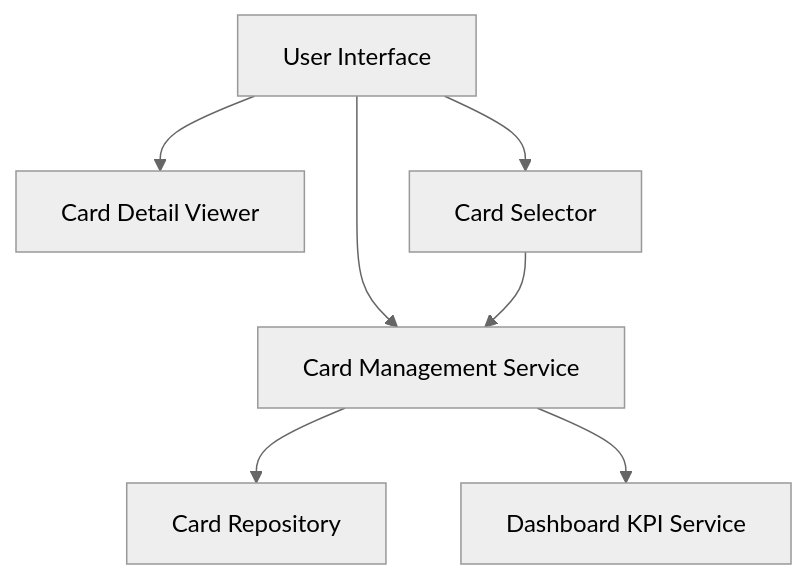
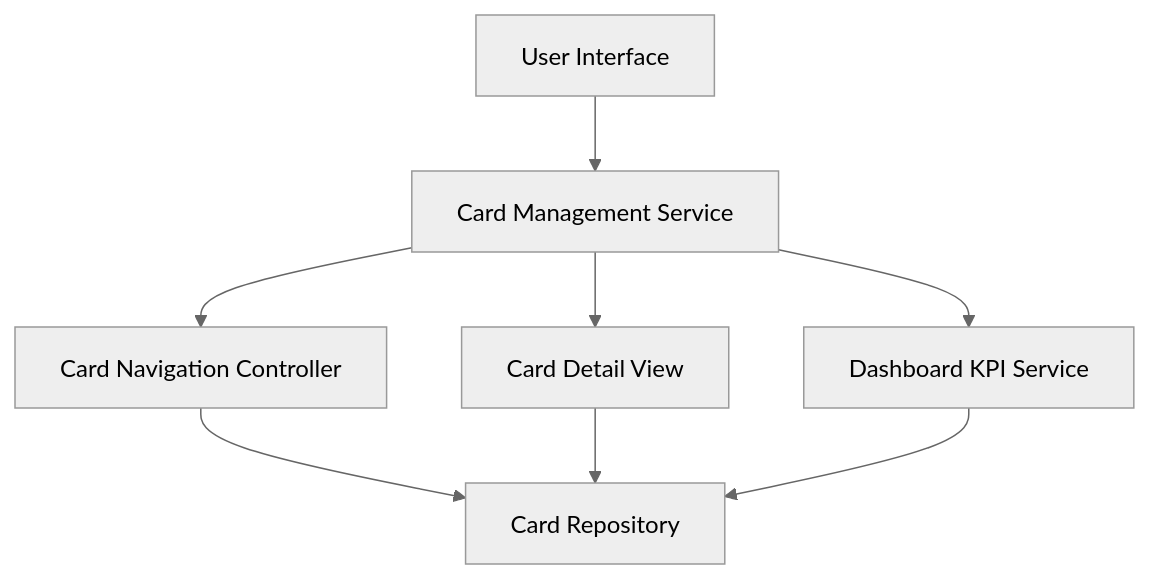
Before and after one commit to AAVA-Demo/APB_Demo: the diagram in HLD/QE-7735_HLD.md, drawn with Mermaid (neutral theme). The commit also changed other lines of this file and 5 other files, not shown here.

````diff
--- a/HLD/QE-7735_HLD.md
+++ b/HLD/QE-7735_HLD.md
@@ -7,15 +7,16 @@
 ```mermaid
 flowchart TD
     A["User Interface"]
     B["Card Management Service"]
     C["Card Repository"]
     D["Dashboard KPI Service"]
-    E["Card Detail Viewer"]
-    F["Card Selector"]
+    E["Card Detail View"]
+    F["Card Navigation Controller"]
     A --> B
-    B --> C
+    B --> F
+    F --> C
+    B --> E
+    E --> C
     B --> D
-    A --> E
-    A --> F
-    F --> B
+    D --> C
 ```
````
